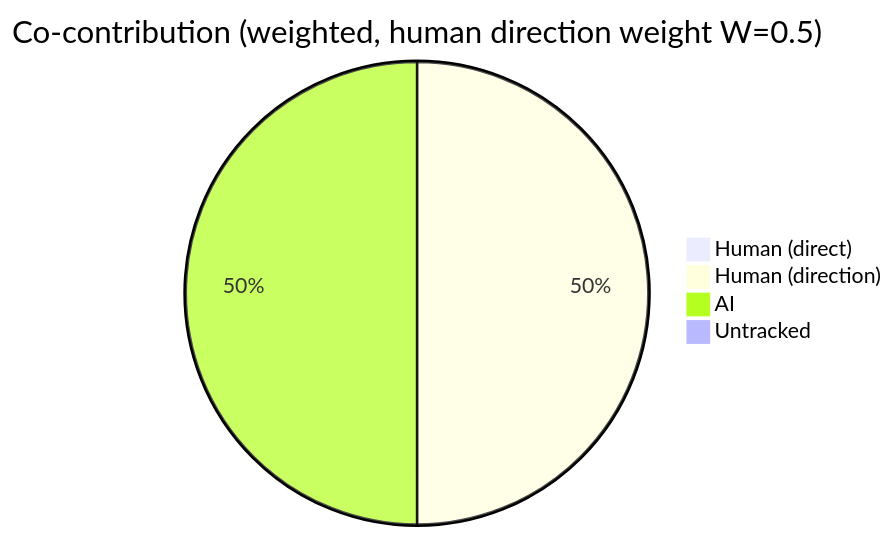
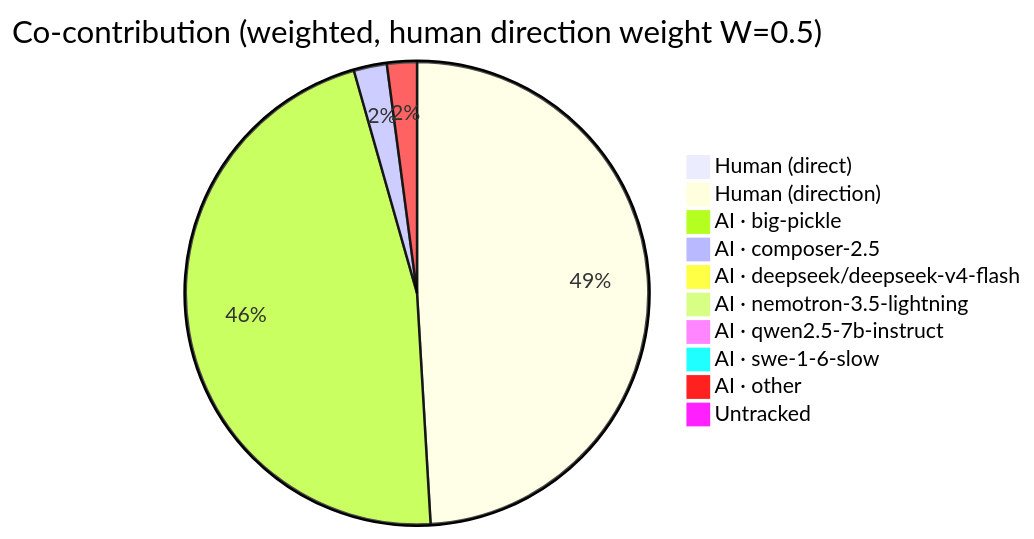
Before and after one commit to CaliMark/game-of-life: the first of 4 diagrams in AI-AUTHORSHIP.md, drawn with Mermaid. The commit also changed other lines of this file and 1 other file, not shown here.

````diff
--- a/AI-AUTHORSHIP.md
+++ b/AI-AUTHORSHIP.md
@@ -22,7 +23,13 @@
 ```mermaid
 pie title Co-contribution (weighted, human direction weight W=0.5)
     "Human (direct)" : 1
-    "Human (direction)" : 380
-    "AI" : 380
+    "Human (direction)" : 446
+    "AI · big-pickle" : 423
+    "AI · composer-2.5" : 21
+    "AI · deepseek/deepseek-v4-flash" : 1
+    "AI · nemotron-3.5-lightning" : 1
+    "AI · qwen2.5-7b-instruct" : 1
+    "AI · swe-1-6-slow" : 1
+    "AI · other" : 19
     "Untracked" : 1
 ```
````
